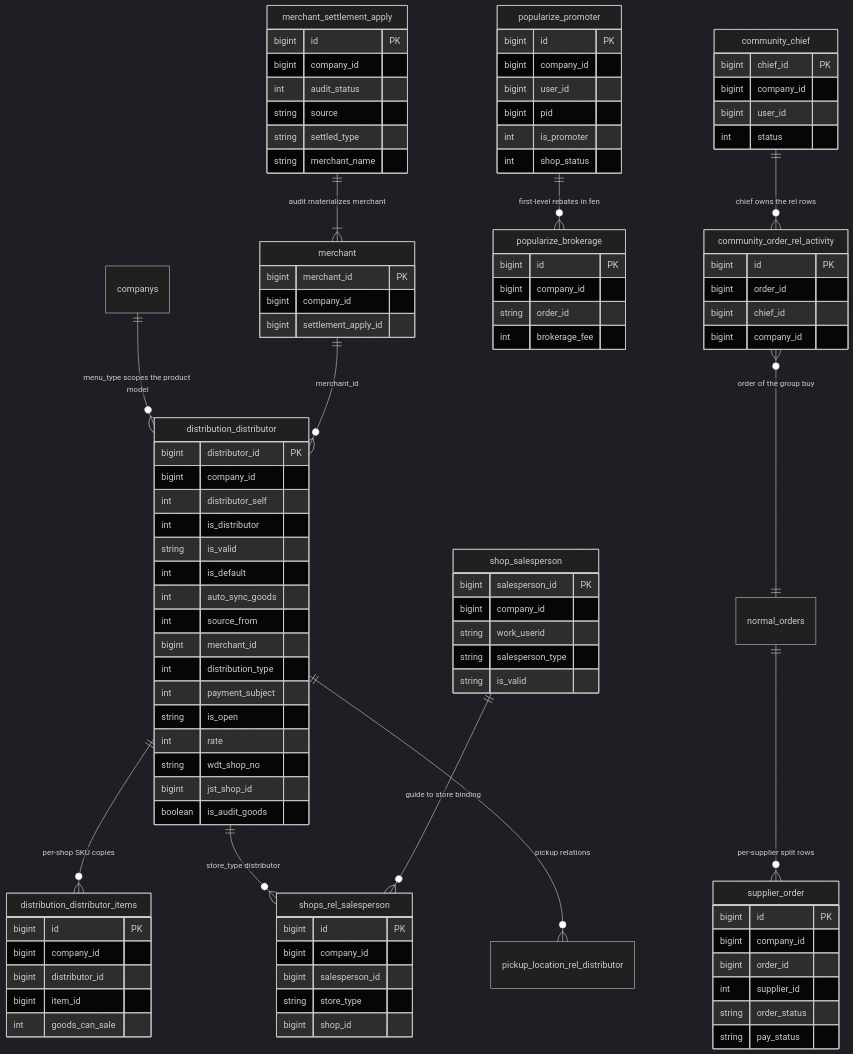
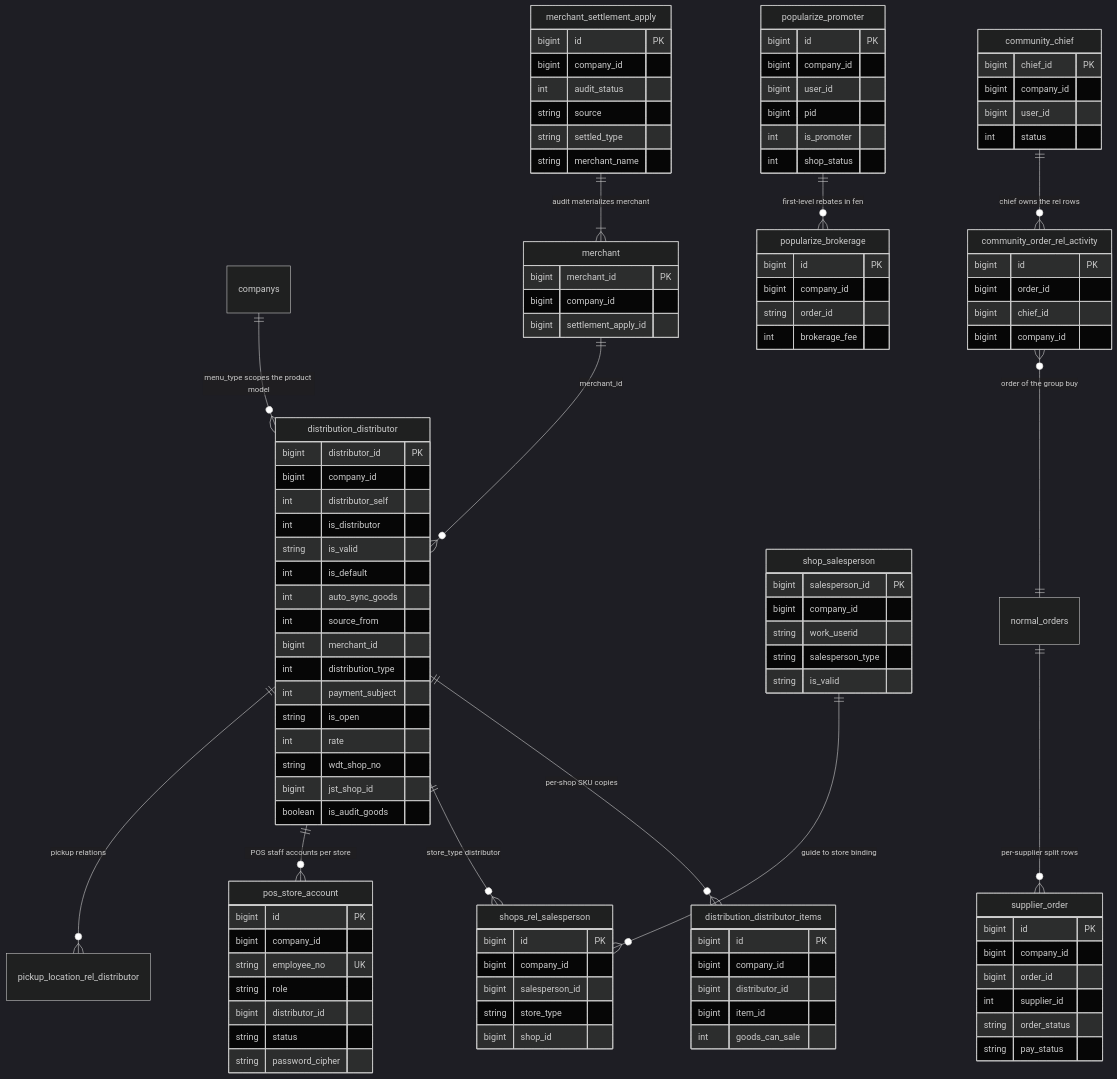
Before and after one commit to ShopeX/ECShopX-Java: the third of 3 diagrams in openwiki/domains/stores-and-merchants.md, drawn with Mermaid (dark theme). The commit also changed other lines of this file and 321 other files, not shown here.

```diff
--- a/openwiki/domains/stores-and-merchants.md
+++ b/openwiki/domains/stores-and-merchants.md
@@ -320,6 +446,7 @@
     companys ||--o{ distribution_distributor : "menu_type scopes the product model"
     distribution_distributor ||--o{ distribution_distributor_items : "per-shop SKU copies"
     distribution_distributor ||--o{ shops_rel_salesperson : "store_type distributor"
+    distribution_distributor ||--o{ pos_store_account : "POS staff accounts per store"
     shop_salesperson ||--o{ shops_rel_salesperson : "guide to store binding"
     distribution_distributor ||--o{ pickup_location_rel_distributor : "pickup relations"
     merchant ||--o{ distribution_distributor : "merchant_id"
@@ -373,6 +500,15 @@
         string salesperson_type
         string is_valid
     }
+    pos_store_account {
+        bigint id PK
+        bigint company_id
+        string employee_no UK
+        string role
+        bigint distributor_id
+        string status
+        string password_cipher
+    }
     shops_rel_salesperson {
         bigint id PK
         bigint company_id
```
